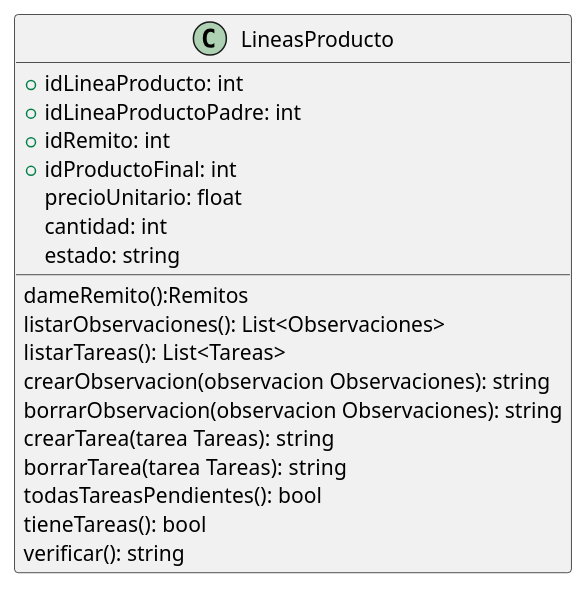
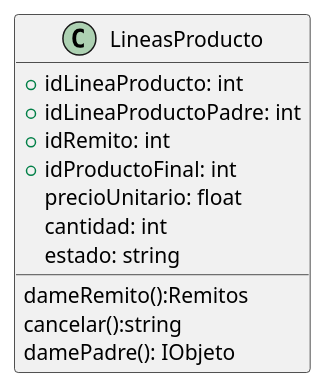
One commit to ZMGestion/DocumentacionZMGestion changed the diagram in DiagramaClases/Clases/LineasProducto.puml. Above: the diagram before and after it, drawn with PlantUML. The commit also changed 5 other files, not shown here.

```diff
--- a/DiagramaClases/Clases/LineasProducto.puml
+++ b/DiagramaClases/Clases/LineasProducto.puml
@@ -1,22 +1,15 @@
 @startuml LineasProducto
 class LineasProducto{
     +idLineaProducto: int
     +idLineaProductoPadre: int
     +idRemito: int
     +idProductoFinal: int
     precioUnitario: float
     cantidad: int
     estado: string
 
     dameRemito():Remitos
-    listarObservaciones(): List<Observaciones>
-    listarTareas(): List<Tareas>
-    crearObservacion(observacion Observaciones): string
-    borrarObservacion(observacion Observaciones): string
-    crearTarea(tarea Tareas): string
-    borrarTarea(tarea Tareas): string
-    todasTareasPendientes(): bool
-    tieneTareas(): bool
-    verificar(): string
+    cancelar():string
+    damePadre(): IObjeto
 }
 @enduml
```
